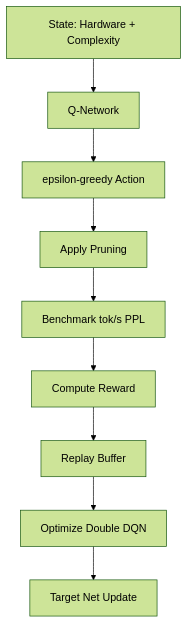
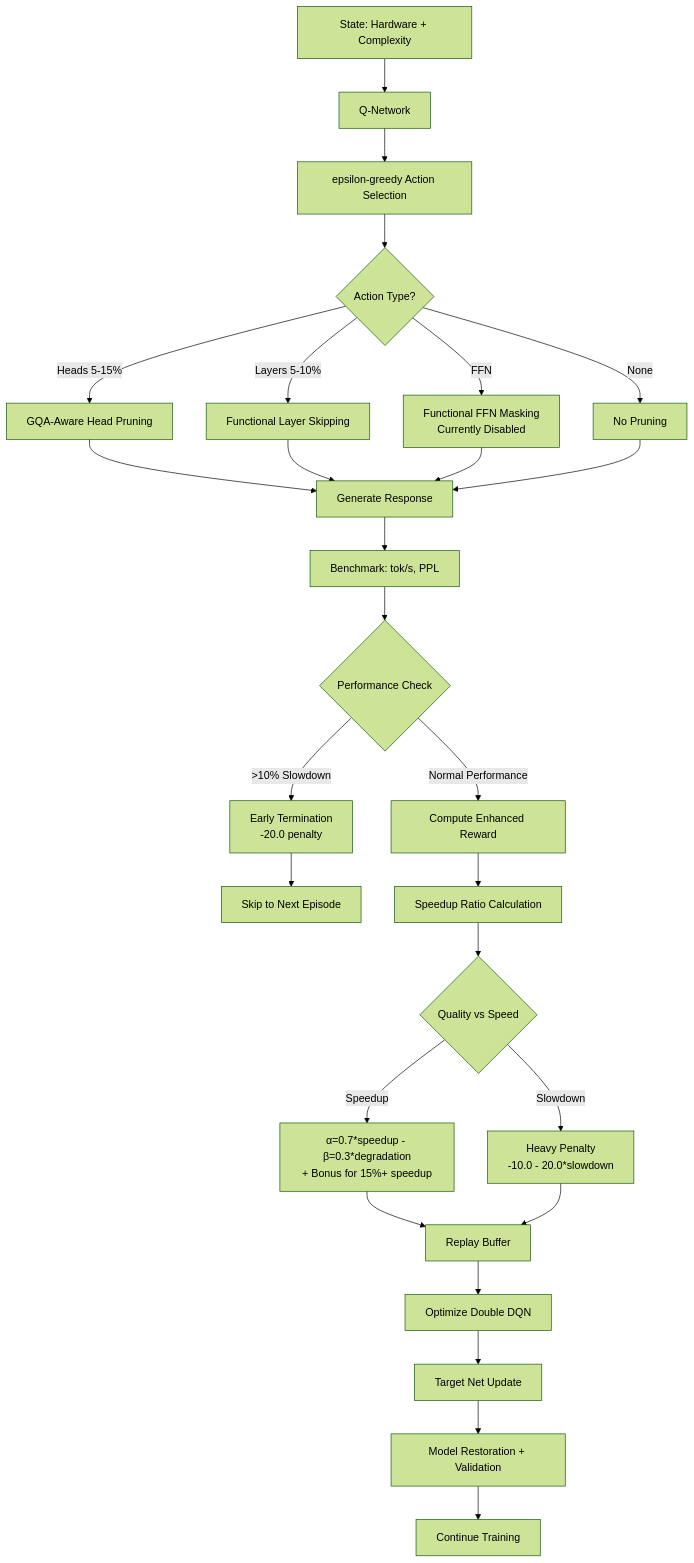
One commit to asief-iqbal/Thesis changed the third of 3 diagrams in README.md. Above: the diagram before and after it, drawn with Mermaid (forest theme). The commit also changed other lines of this file, not shown here.

````diff
--- a/README.md
+++ b/README.md
@@ -300,11 +355,29 @@
 ```mermaid
 flowchart TD
     A[State: Hardware + Complexity] --> B[Q-Network]
-    B --> C[epsilon-greedy Action]
-    C --> D[Apply Pruning]
-    D --> E[Benchmark tok/s PPL]
-    E --> F[Compute Reward]
-    F --> G[Replay Buffer]
-    G --> H[Optimize Double DQN]
-    H --> I[Target Net Update]
+    B --> C[epsilon-greedy Action Selection]
+    C --> D{Action Type?}
+    D -->|Heads 5-15%| E[GQA-Aware Head Pruning]
+    D -->|Layers 5-10%| F[Functional Layer Skipping]
+    D -->|FFN| G[Functional FFN Masking<br/>Currently Disabled]
+    D -->|None| H[No Pruning]
+    E --> I[Generate Response]
+    F --> I
+    G --> I
+    H --> I
+    I --> J[Benchmark: tok/s, PPL]
+    J --> K{Performance Check}
+    K -->|>10% Slowdown| L[Early Termination<br/>-20.0 penalty]
+    K -->|Normal Performance| M[Compute Enhanced Reward]
+    L --> N[Skip to Next Episode]
+    M --> O[Speedup Ratio Calculation]
+    O --> P{Quality vs Speed}
+    P -->|Speedup| Q[α=0.7*speedup - β=0.3*degradation<br/>+ Bonus for 15%+ speedup]
+    P -->|Slowdown| R[Heavy Penalty<br/>-10.0 - 20.0*slowdown]
+    Q --> S[Replay Buffer]
+    R --> S
+    S --> T[Optimize Double DQN]
+    T --> U[Target Net Update]
+    U --> V[Model Restoration + Validation]
+    V --> W[Continue Training]
 ```
````
